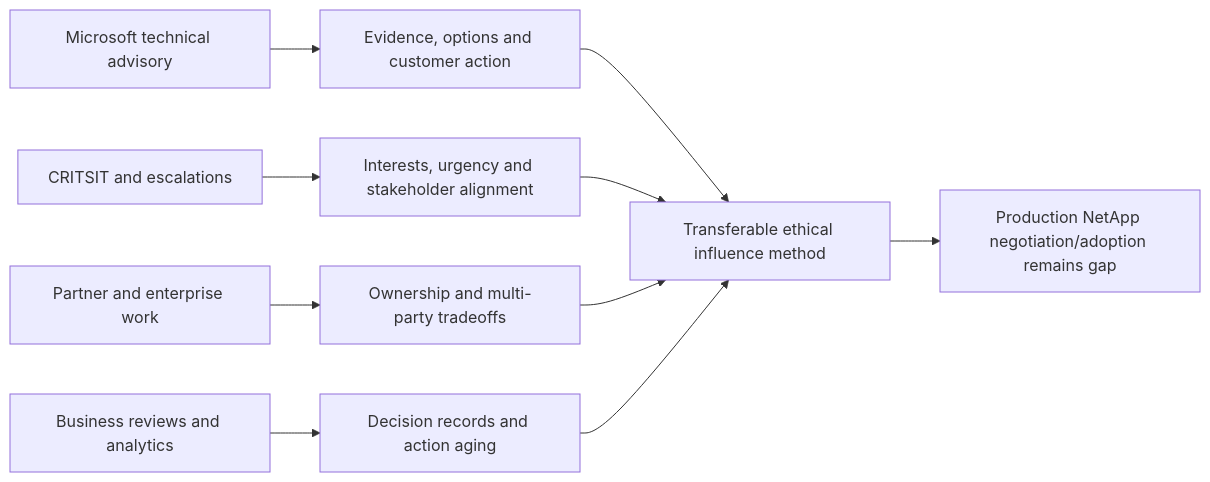
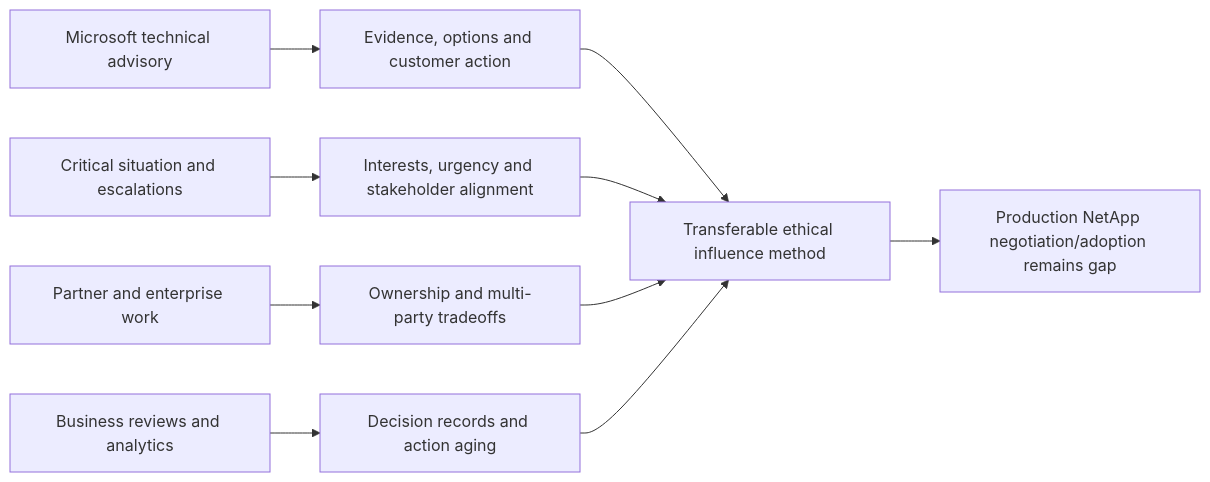
Diagram 22 of 23 in NetApp TAM/prep/Part-67-influence-negotiation-objections.md (hichauhan-in/Interview-Prep), drawn with Mermaid before and after one commit. The commit also changed other lines of this file and 493 other files, not shown here.

````diff
--- a/NetApp TAM/prep/Part-67-influence-negotiation-objections.md
+++ b/NetApp TAM/prep/Part-67-influence-negotiation-objections.md
@@ -721,12 +721,12 @@
 ```mermaid
 flowchart LR
     ADVISE[Microsoft technical advisory] --> EVID[Evidence, options and customer action]
-    CRIT[CRITSIT and escalations] --> NEG[Interests, urgency and stakeholder alignment]
+    CRIT[Critical situation and escalations] --> NEG[Interests, urgency and stakeholder alignment]
     PART[Partner and enterprise work] --> BOUND[Ownership and multi-party tradeoffs]
     REV[Business reviews and analytics] --> DEC[Decision records and action aging]
     EVID --> METHOD[Transferable ethical influence method]
     NEG --> METHOD
     BOUND --> METHOD
     DEC --> METHOD
     METHOD --> GAP[Production NetApp negotiation/adoption remains gap]
 ```
````
